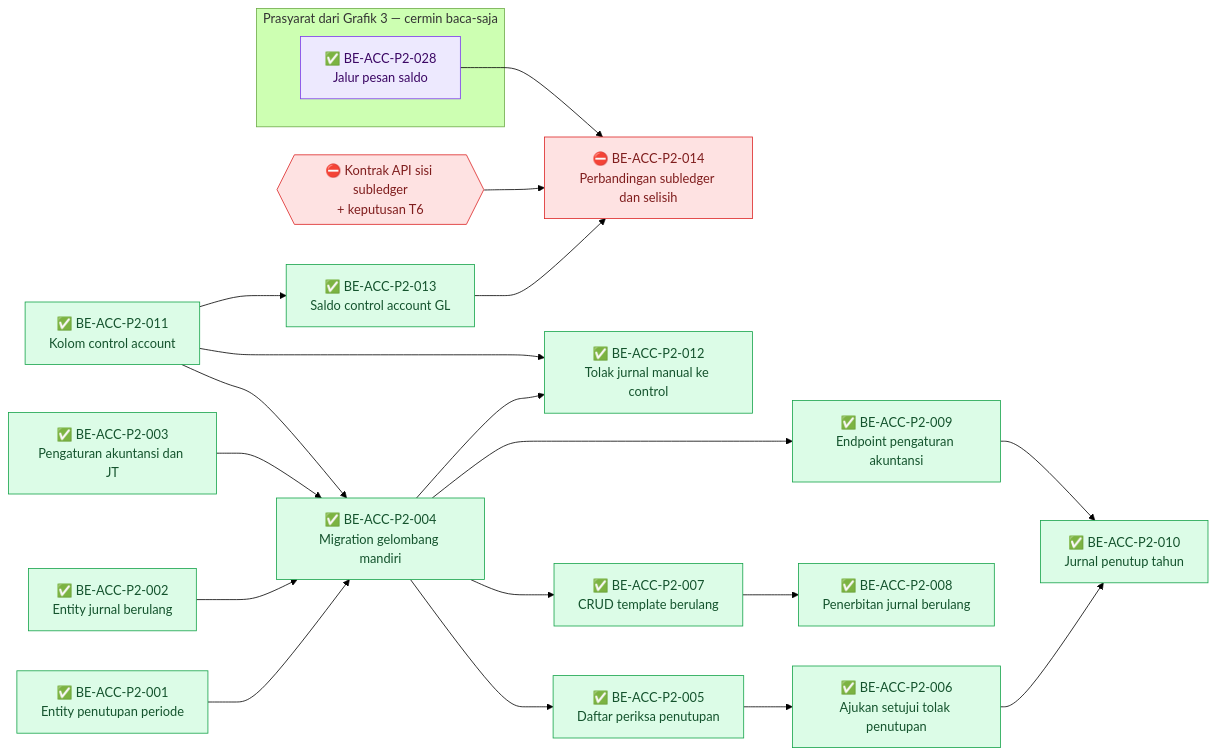
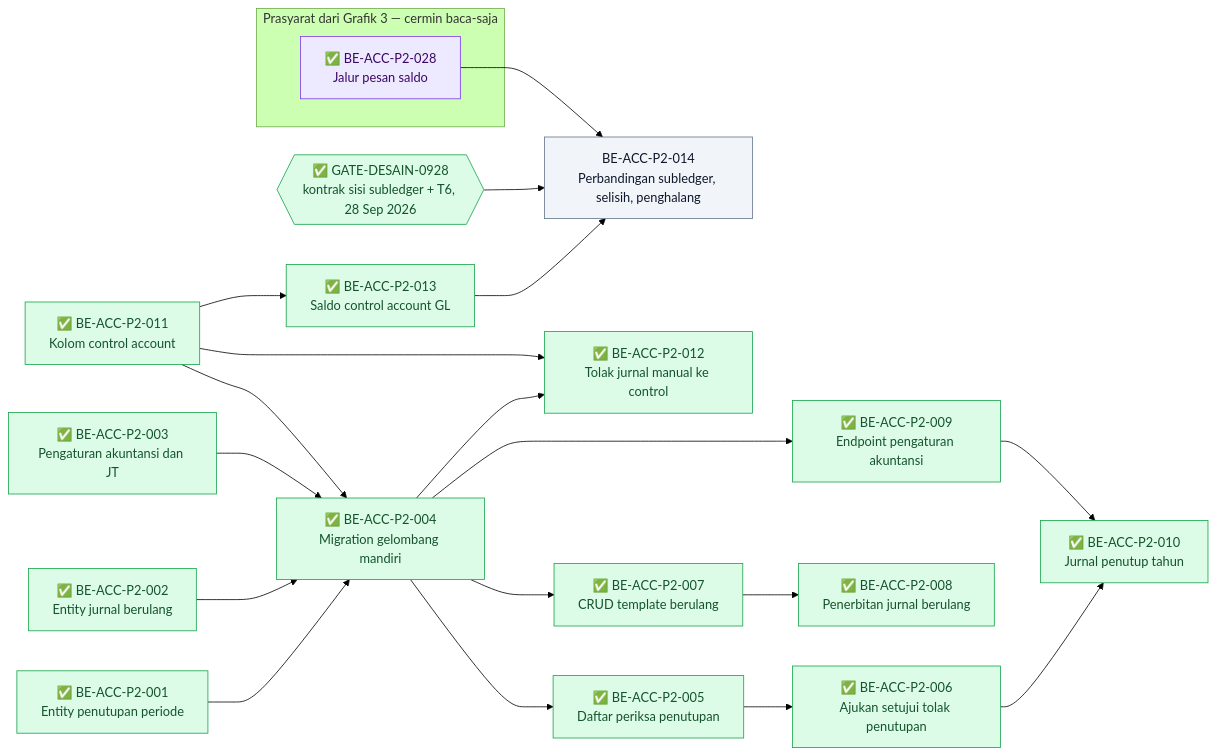
The second of 5 diagrams in docs/module-blueprints/accounting/roadmap/backend-roadmap-phase2.md (DevBenari/NewQuilvianSystemBackend), drawn with Mermaid (forest theme) before and after one commit. The commit also changed other lines of this file and 13 other files, not shown here.

Commit message:
docs(accounting): rekonsiliasi saldo subledger - ACC-DEC-107..115, GATE-DESAIN-0928 (ACC-API-0.13/0.14, XMOD-0.4), roadmap BE rev6 FE rev7

````diff
--- a/docs/module-blueprints/accounting/roadmap/backend-roadmap-phase2.md
+++ b/docs/module-blueprints/accounting/roadmap/backend-roadmap-phase2.md
@@ -77,45 +86,45 @@
 ```mermaid
 flowchart LR
     classDef selesai fill:#DCFCE7,stroke:#16A34A,color:#14532D
     classDef sebagian fill:#FEF9C3,stroke:#CA8A04,color:#713F12
     classDef terblokir fill:#FEE2E2,stroke:#DC2626,color:#7F1D1D
     classDef belum fill:#F1F5F9,stroke:#64748B,color:#0F172A
     classDef luar fill:#EDE9FE,stroke:#7C3AED,color:#3B0764
 
     BEACCP2001["✅ BE-ACC-P2-001<br/>Entity penutupan periode"]:::selesai
     BEACCP2002["✅ BE-ACC-P2-002<br/>Entity jurnal berulang"]:::selesai
     BEACCP2003["✅ BE-ACC-P2-003<br/>Pengaturan akuntansi dan JT"]:::selesai
     BEACCP2004["✅ BE-ACC-P2-004<br/>Migration gelombang mandiri"]:::selesai
     BEACCP2005["✅ BE-ACC-P2-005<br/>Daftar periksa penutupan"]:::selesai
     BEACCP2006["✅ BE-ACC-P2-006<br/>Ajukan setujui tolak penutupan"]:::selesai
     BEACCP2007["✅ BE-ACC-P2-007<br/>CRUD template berulang"]:::selesai
     BEACCP2008["✅ BE-ACC-P2-008<br/>Penerbitan jurnal berulang"]:::selesai
     BEACCP2009["✅ BE-ACC-P2-009<br/>Endpoint pengaturan akuntansi"]:::selesai
     BEACCP2010["✅ BE-ACC-P2-010<br/>Jurnal penutup tahun"]:::selesai
     BEACCP2011["✅ BE-ACC-P2-011<br/>Kolom control account"]:::selesai
     BEACCP2012["✅ BE-ACC-P2-012<br/>Tolak jurnal manual ke control"]:::selesai
     BEACCP2013["✅ BE-ACC-P2-013<br/>Saldo control account GL"]:::selesai
-    BEACCP2014["⛔ BE-ACC-P2-014<br/>Perbandingan subledger dan selisih"]:::terblokir
-    GKONTRAKSUB{{"⛔ Kontrak API sisi subledger<br/>+ keputusan T6"}}:::terblokir
+    BEACCP2014["BE-ACC-P2-014<br/>Perbandingan subledger, selisih, penghalang"]:::belum
+    GKONTRAKSUB{{"✅ GATE-DESAIN-0928<br/>kontrak sisi subledger + T6, 28 Sep 2026"}}:::selesai
     subgraph cermin1["Prasyarat dari Grafik 3 — cermin baca-saja"]
         MBEACCP2028["✅ BE-ACC-P2-028<br/>Jalur pesan saldo"]:::luar
     end
 
     BEACCP2001 --> BEACCP2004
     BEACCP2002 --> BEACCP2004
     BEACCP2003 --> BEACCP2004
     BEACCP2011 --> BEACCP2004
     BEACCP2004 --> BEACCP2005
     BEACCP2005 --> BEACCP2006
     BEACCP2004 --> BEACCP2007
     BEACCP2007 --> BEACCP2008
     BEACCP2004 --> BEACCP2009
     BEACCP2006 --> BEACCP2010
     BEACCP2009 --> BEACCP2010
     BEACCP2004 --> BEACCP2012
     BEACCP2011 --> BEACCP2012
     BEACCP2011 --> BEACCP2013
     BEACCP2013 --> BEACCP2014
     MBEACCP2028 --> BEACCP2014
     GKONTRAKSUB --> BEACCP2014
 ```
````
